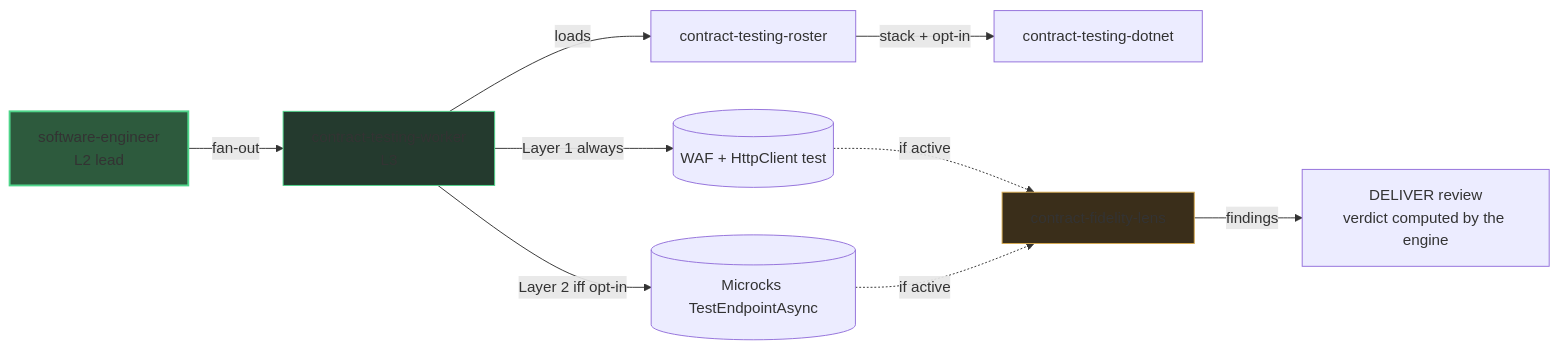
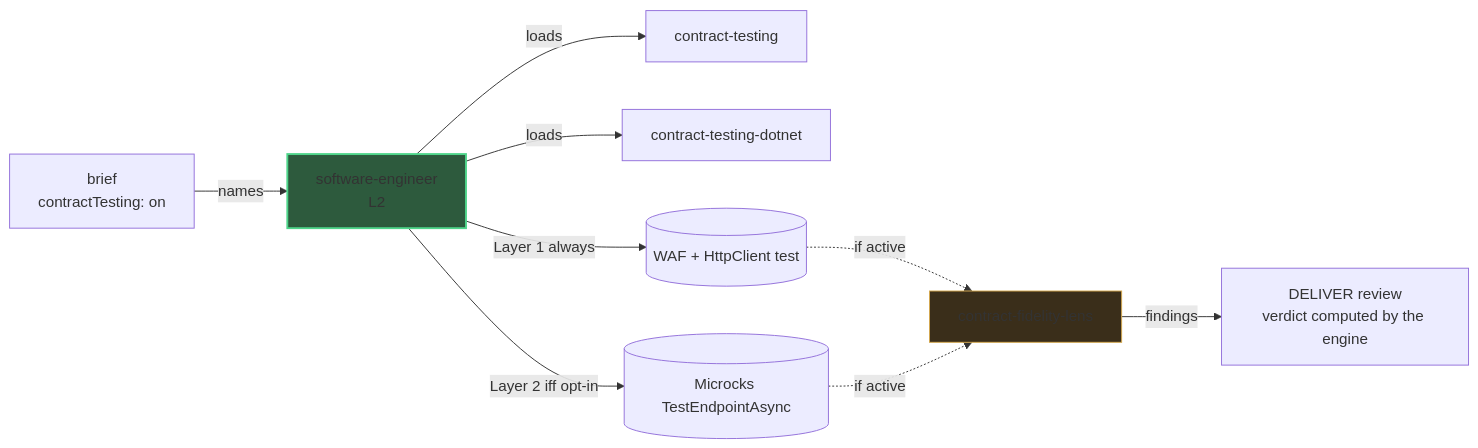
The diagram in docs/site/en/explanation/deep-dive/contract-testing.md (SebastienDegodez/skraft-plugin), drawn with Mermaid before and after one commit. The commit also changed other lines of this file and 70 other files, not shown here.

````diff
--- a/docs/site/en/explanation/deep-dive/contract-testing.md
+++ b/docs/site/en/explanation/deep-dive/contract-testing.md
@@ -28,15 +29,14 @@
 ```mermaid
 graph LR
-    SE[software-engineer<br/>L2 lead] -->|fan-out| CTW[contract-testing-worker<br/>L3]
-    CTW -->|loads| RST[contract-testing-roster]
-    RST -->|stack + opt-in| CTD[contract-testing-dotnet]
-    CTW -->|Layer 1 always| BL[(WAF + HttpClient test)]
-    CTW -->|Layer 2 iff opt-in| MC[(Microcks TestEndpointAsync)]
+    BR[brief<br/>contractTesting: on] -->|names| SE[software-engineer<br/>L2]
+    SE -->|loads| CT[contract-testing]
+    SE -->|loads| CTD[contract-testing-dotnet]
+    SE -->|Layer 1 always| BL[(WAF + HttpClient test)]
+    SE -->|Layer 2 iff opt-in| MC[(Microcks TestEndpointAsync)]
     BL -.if active.-> CFL[contract-fidelity-lens]
     MC -.if active.-> CFL
     CFL -->|findings| DR[DELIVER review<br/>verdict computed by the engine]
 
     style SE fill:#2d5a3d,stroke:#4ed58a,stroke-width:2px
-    style CTW fill:#243a2e,stroke:#4ed58a
     style CFL fill:#3a2e1a,stroke:#d5a84e
 ```
````
